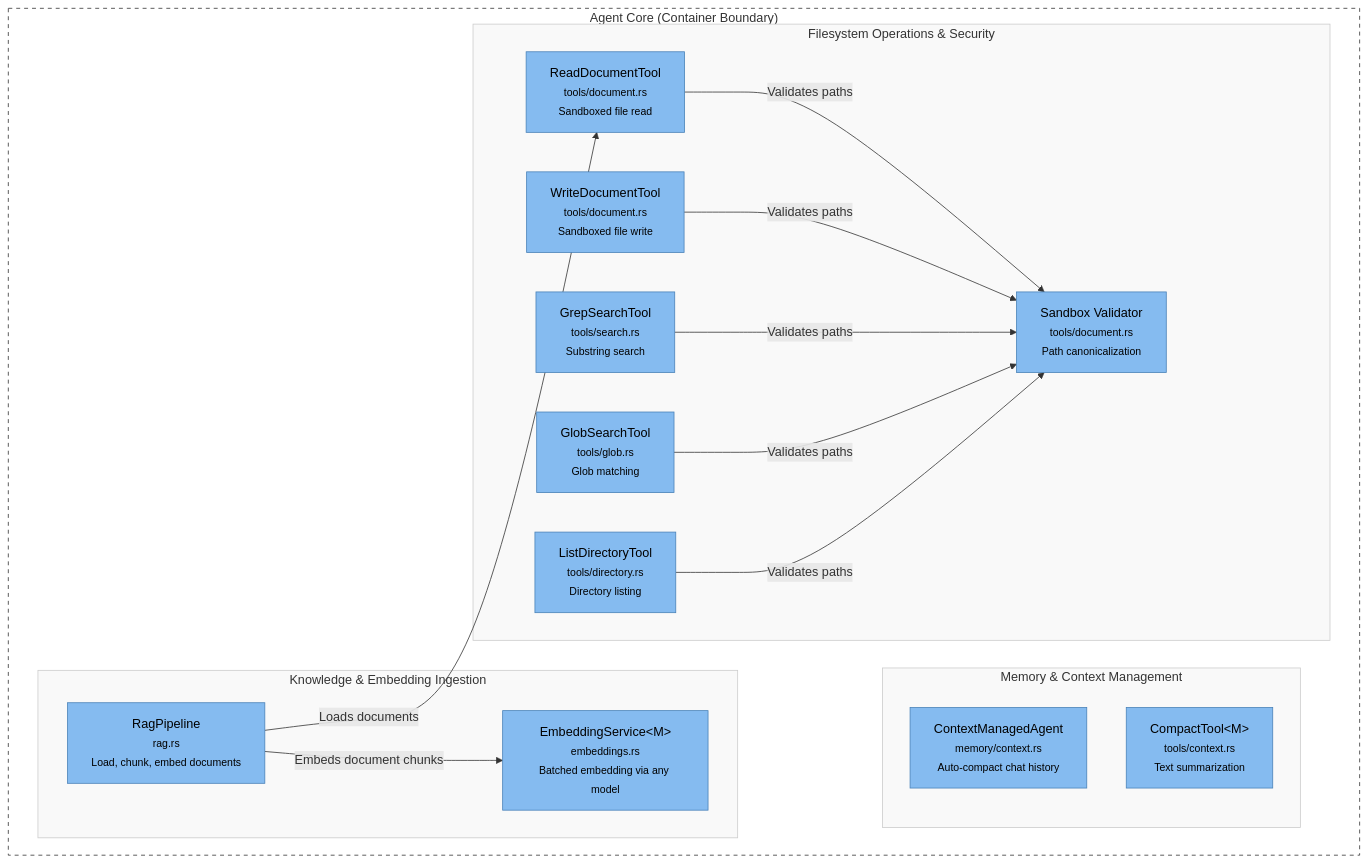
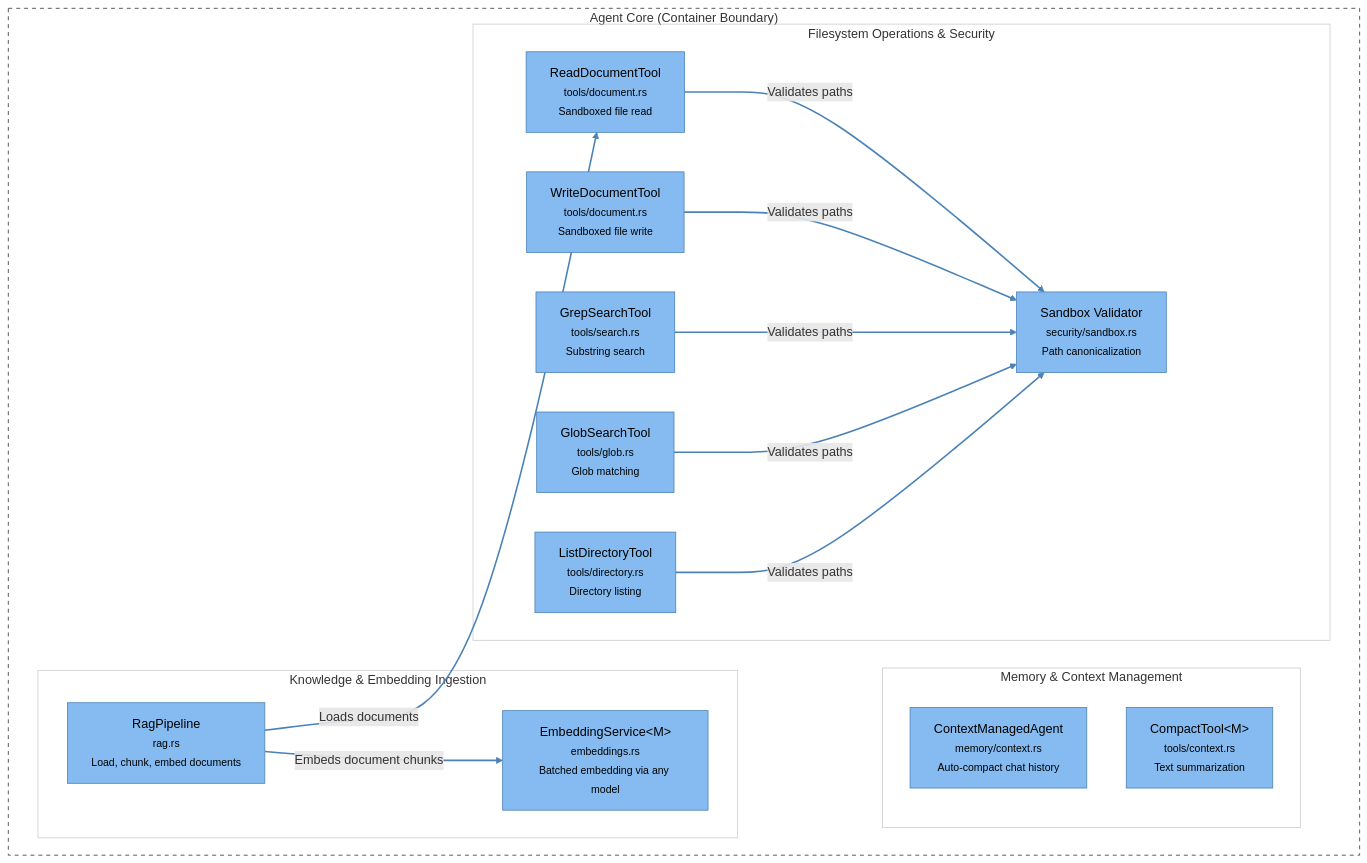
One commit to skaarfundgandr/agent_rs changed the third of 3 diagrams in docs/diagrams/c4-architecture.md. Above: the diagram before and after it, drawn with Mermaid. The commit also changed other lines of this file and 6 other files, not shown here.

````diff
--- a/docs/diagrams/c4-architecture.md
+++ b/docs/diagrams/c4-architecture.md
@@ -70,39 +72,40 @@
 ```mermaid
 flowchart TB
     subgraph AgentCore ["Agent Core (Container Boundary)"]
         subgraph Ingestion ["Knowledge & Embedding Ingestion"]
             rag["RagPipeline<br/><small>rag.rs</small><br/><small>Load, chunk, embed documents</small>"]:::component
             embed["EmbeddingService&lt;M&gt;<br/><small>embeddings.rs</small><br/><small>Batched embedding via any model</small>"]:::component
         end
 
         subgraph Memory ["Memory & Context Management"]
             ctx["ContextManagedAgent<br/><small>memory/context.rs</small><br/><small>Auto-compact chat history</small>"]:::component
             compact["CompactTool&lt;M&gt;<br/><small>tools/context.rs</small><br/><small>Text summarization</small>"]:::component
         end
 
         subgraph Security ["Filesystem Operations & Security"]
             read["ReadDocumentTool<br/><small>tools/document.rs</small><br/><small>Sandboxed file read</small>"]:::component
             write["WriteDocumentTool<br/><small>tools/document.rs</small><br/><small>Sandboxed file write</small>"]:::component
             grep["GrepSearchTool<br/><small>tools/search.rs</small><br/><small>Substring search</small>"]:::component
             glob["GlobSearchTool<br/><small>tools/glob.rs</small><br/><small>Glob matching</small>"]:::component
             list["ListDirectoryTool<br/><small>tools/directory.rs</small><br/><small>Directory listing</small>"]:::component
             
-            sandbox["Sandbox Validator<br/><small>tools/document.rs</small><br/><small>Path canonicalization</small>"]:::component
+            sandbox["Sandbox Validator<br/><small>security/sandbox.rs</small><br/><small>Path canonicalization</small>"]:::component
         end
     end
 
     rag -->|Embeds document chunks| embed
     rag -->|Loads documents| read
     
     read -->|Validates paths| sandbox
     write -->|Validates paths| sandbox
     grep -->|Validates paths| sandbox
     glob -->|Validates paths| sandbox
     list -->|Validates paths| sandbox
 
     classDef component fill:#85bbf0,stroke:#4a82b8,color:#000000
     style AgentCore fill:none,stroke:#333333,stroke-dasharray: 5 5
-    style Ingestion fill:#f9f9f9,stroke:#cccccc
-    style Memory fill:#f9f9f9,stroke:#cccccc
-    style Security fill:#f9f9f9,stroke:#cccccc
+    style Ingestion fill:none,stroke:#cccccc
+    style Memory fill:none,stroke:#cccccc
+    style Security fill:none,stroke:#cccccc
+    linkStyle default stroke:#4a82b8,stroke-width:2px;
 ```
````
